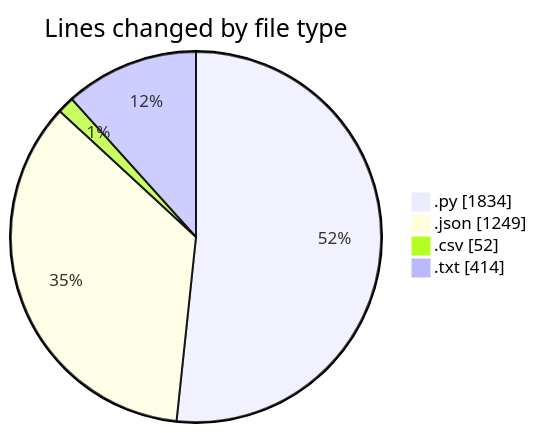
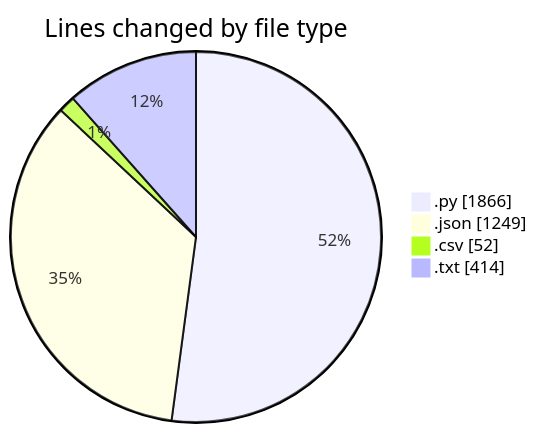
Before and after one commit to EIIisD/code-tracking: the first of 2 diagrams in 2025-07-28/refunds/README.md, drawn with Mermaid. The commit also changed other lines of this file and 1 other file, not shown here.

````diff
--- a/2025-07-28/refunds/README.md
+++ b/2025-07-28/refunds/README.md
@@ -24,8 +24,8 @@
 ```mermaid
 pie showData
 title Lines changed by file type
-".py" : 1834
+".py" : 1866
 ".json" : 1249
 ".csv" : 52
 ".txt" : 414
 ```
````
